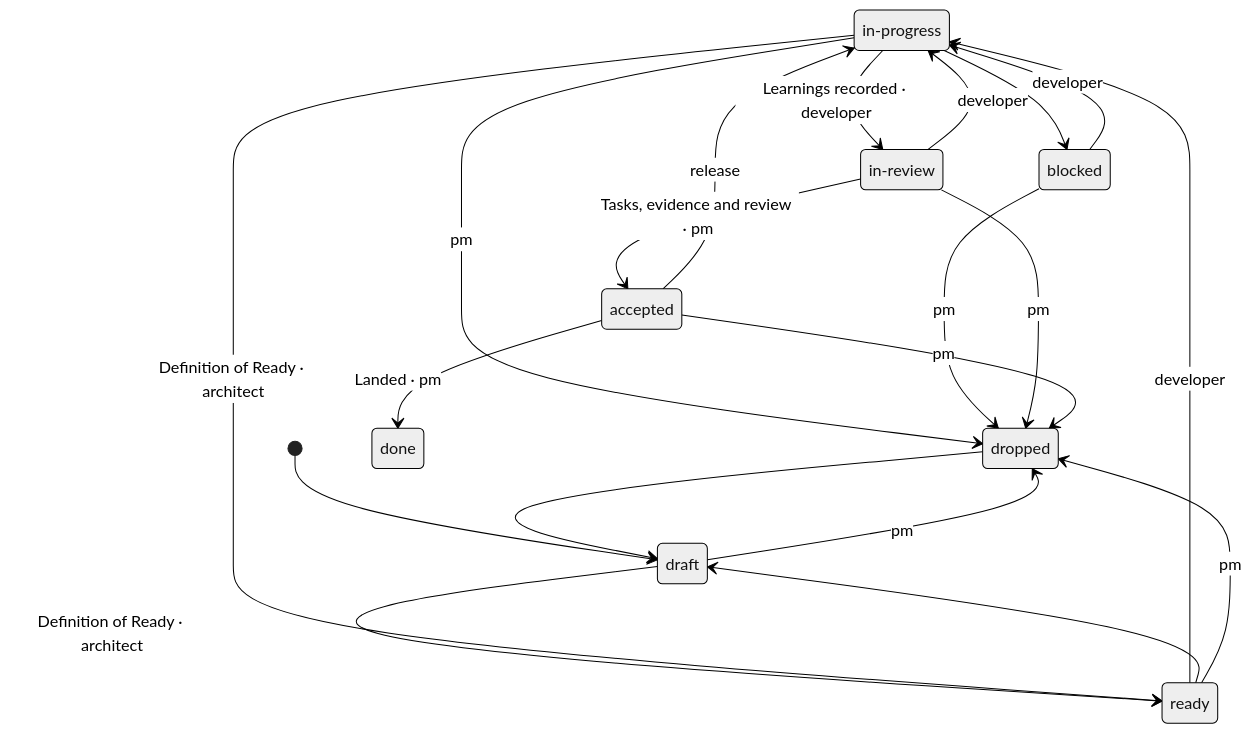
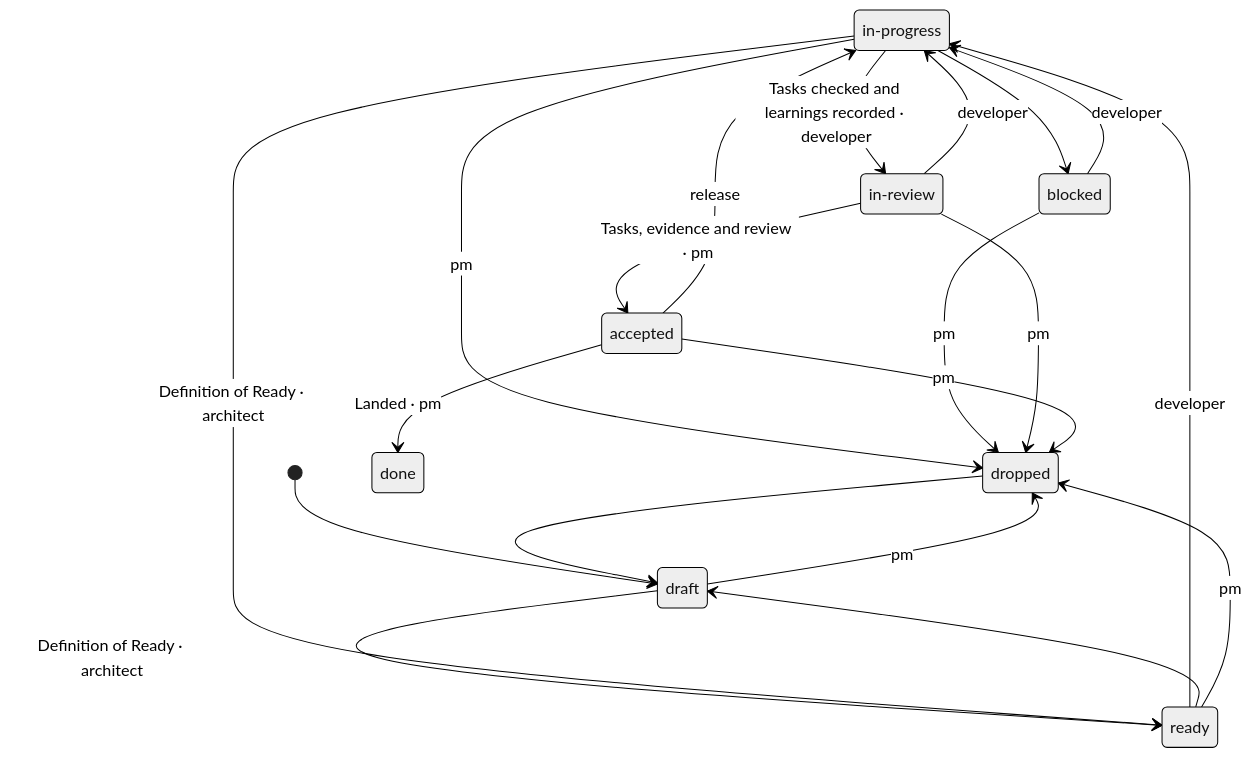
Before and after one commit to aanand-3/claude-plugins: the first of 4 diagrams in plugins/crew/docs/plan-lifecycle.md, drawn with Mermaid (neutral theme). The commit also changed other lines of this file and 9 other files, not shown here.

Commit message:
fix(P-067): Unchecked tasks never reach review, and dispatch never offers a refused accept

````diff
--- a/plugins/crew/docs/plan-lifecycle.md
+++ b/plugins/crew/docs/plan-lifecycle.md
@@ -14,24 +14,24 @@
 ```mermaid
 stateDiagram-v2
   state "in-progress" as in_progress
   state "in-review" as in_review
   [*] --> draft
   draft --> ready: Definition of Ready · architect
   draft --> dropped: pm
   ready --> in_progress: developer
   ready --> draft
   ready --> dropped: pm
   in_progress --> blocked
-  in_progress --> in_review: Learnings recorded · developer
+  in_progress --> in_review: Tasks checked and learnings recorded · developer
   in_progress --> ready: Definition of Ready · architect
   in_progress --> dropped: pm
   blocked --> in_progress: developer
   blocked --> dropped: pm
   in_review --> in_progress: developer
   in_review --> accepted: Tasks, evidence and review · pm
   in_review --> dropped: pm
   accepted --> done: Landed · pm
   accepted --> in_progress: release
   accepted --> dropped: pm
   dropped --> draft
 ```
````
